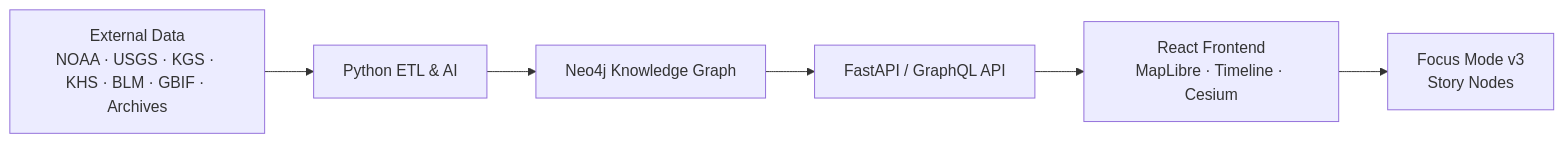
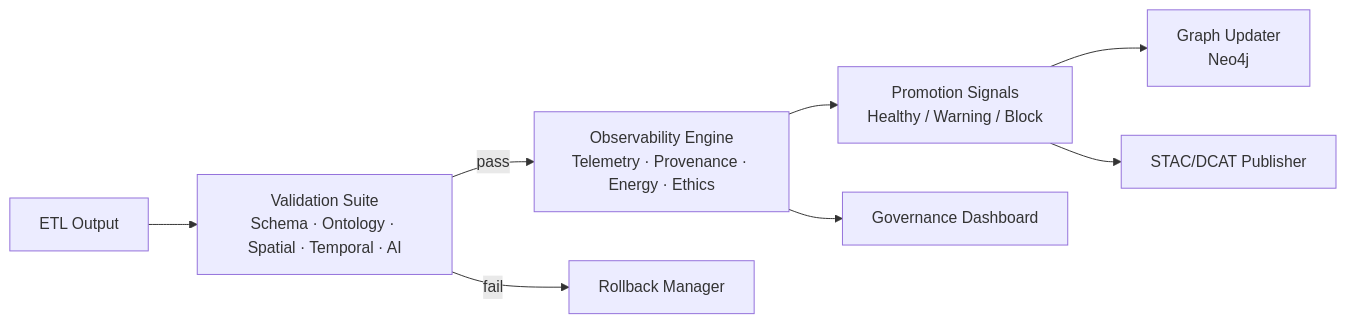
The first of 2 diagrams in docs/pipelines/validation-observability/README.md (bartytime4life/Kansas-Frontier-Matrix), drawn with Mermaid before and after one commit. The commit also changed other lines of this file, not shown here.

````diff
--- a/docs/pipelines/validation-observability/README.md
+++ b/docs/pipelines/validation-observability/README.md
@@ -88,8 +105,10 @@
 ```mermaid
 flowchart LR
-  A[External Data<br/>NOAA · USGS · KGS · KHS · BLM · GBIF · Archives] --> B[Python ETL & AI]
-  B --> C[Neo4j Knowledge Graph]
-  C --> D[FastAPI / GraphQL API]
-  D --> E[React Frontend<br/>MapLibre · Timeline · Cesium]
-  E --> F[Focus Mode v3<br/>Story Nodes]
+  A[ETL Output] --> B[Validation Suite<br/>Schema · Ontology · Spatial · Temporal · AI]
+  B -->|pass| C[Observability Engine<br/>Telemetry · Provenance · Energy · Ethics]
+  C --> D[Promotion Signals<br/>Healthy / Warning / Block]
+  D --> E[Graph Updater<br/>Neo4j]
+  D --> F[STAC/DCAT Publisher]
+  B -->|fail| G[Rollback Manager]
+  C --> H[Governance Dashboard]
 ```
````
